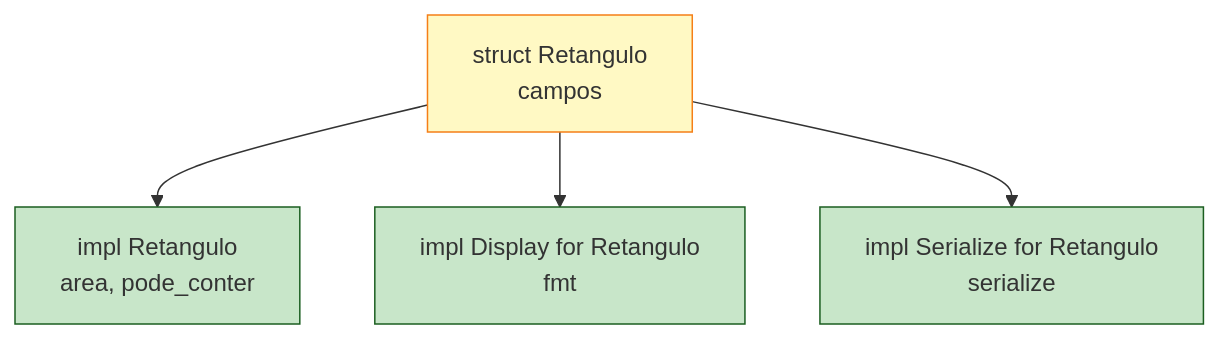
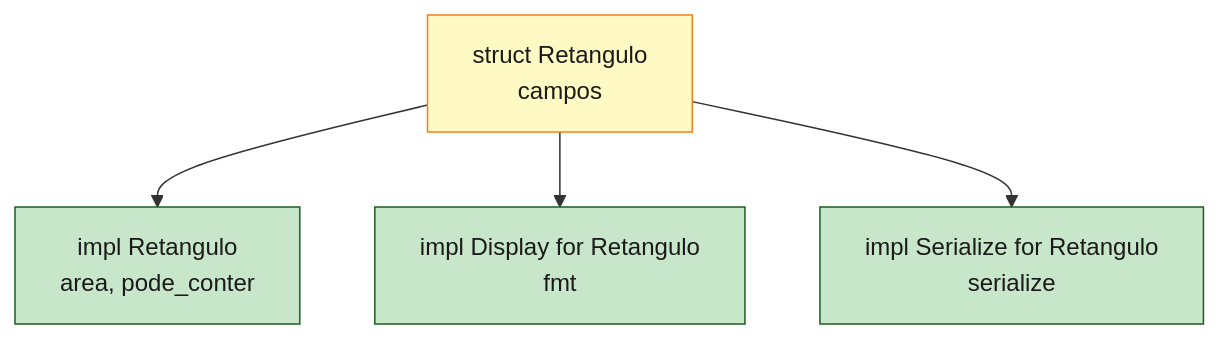
The second of 3 diagrams in book/part-05-composite-types/ch14-structs.md (Felipeness/ferro-e-espirito), drawn with Mermaid before and after one commit. The commit also changed other lines of this file and 56 other files, not shown here.

First line of the commit message:
fix: contraste de texto em diagramas mermaid

````diff
--- a/book/part-05-composite-types/ch14-structs.md
+++ b/book/part-05-composite-types/ch14-structs.md
@@ -185,16 +185,16 @@
 ```mermaid
 graph TB
     Struct[struct Retangulo<br/>campos]
     ImplA[impl Retangulo<br/>area, pode_conter]
     ImplB[impl Display for Retangulo<br/>fmt]
     ImplC[impl Serialize for Retangulo<br/>serialize]
 
     Struct --> ImplA
     Struct --> ImplB
     Struct --> ImplC
 
-    style Struct fill:#fff9c4,stroke:#f57f17
-    style ImplA fill:#c8e6c9,stroke:#1b5e20
-    style ImplB fill:#c8e6c9,stroke:#1b5e20
-    style ImplC fill:#c8e6c9,stroke:#1b5e20
+    style Struct fill:#fff9c4,stroke:#f57f17,color:#1a1a1a
+    style ImplA fill:#c8e6c9,stroke:#1b5e20,color:#1a1a1a
+    style ImplB fill:#c8e6c9,stroke:#1b5e20,color:#1a1a1a
+    style ImplC fill:#c8e6c9,stroke:#1b5e20,color:#1a1a1a
 ```
````
